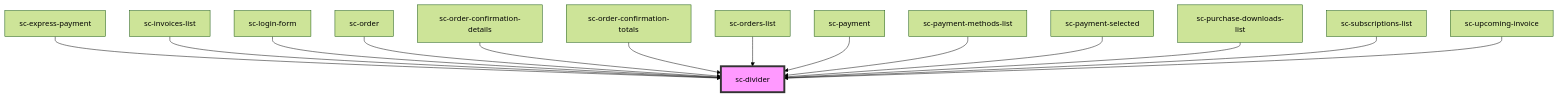
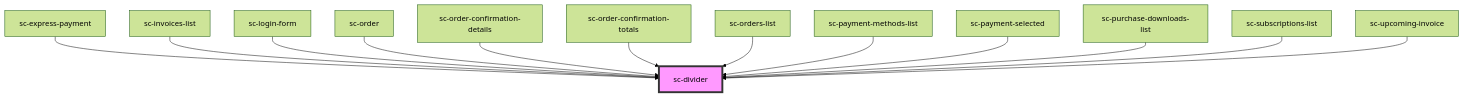
One commit to surecart/surecart-wp-plugin changed the diagram in packages/components/src/components/ui/divider/readme.md. Above: the diagram before and after it, drawn with Mermaid (forest theme). The commit also changed other lines of this file and 15 other files, not shown here.

````diff
--- a/packages/components/src/components/ui/divider/readme.md
+++ b/packages/components/src/components/ui/divider/readme.md
@@ -36,17 +35,16 @@
 ```mermaid
 graph TD;
   sc-express-payment --> sc-divider
   sc-invoices-list --> sc-divider
   sc-login-form --> sc-divider
   sc-order --> sc-divider
   sc-order-confirmation-details --> sc-divider
   sc-order-confirmation-totals --> sc-divider
   sc-orders-list --> sc-divider
-  sc-payment --> sc-divider
   sc-payment-methods-list --> sc-divider
   sc-payment-selected --> sc-divider
   sc-purchase-downloads-list --> sc-divider
   sc-subscriptions-list --> sc-divider
   sc-upcoming-invoice --> sc-divider
   style sc-divider fill:#f9f,stroke:#333,stroke-width:4px
 ```
````
